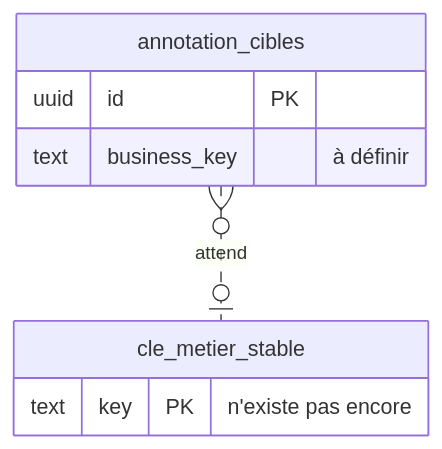
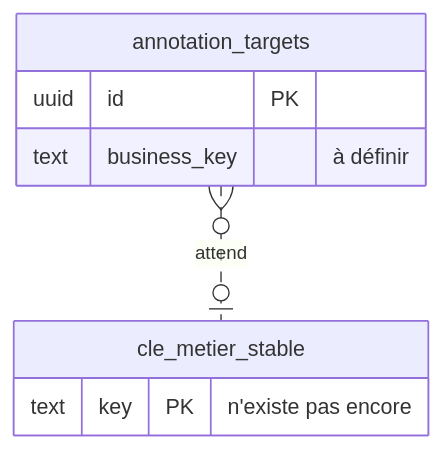
The tenth of 13 diagrams in docs/spec/reports/dossier-retours-steve/DOSSIER_DECISION_RETOURS_STEVE_2026-10-03.md (rhanka/radar-immobilier), drawn with Mermaid before and after one commit. The commit also changed other lines of this file and 11 other files, not shown here.

````diff
--- a/docs/spec/reports/dossier-retours-steve/DOSSIER_DECISION_RETOURS_STEVE_2026-10-03.md
+++ b/docs/spec/reports/dossier-retours-steve/DOSSIER_DECISION_RETOURS_STEVE_2026-10-03.md
@@ -2280,11 +2324,11 @@
 ```mermaid
 erDiagram
-    annotation_cibles }o..o| cle_metier_stable : attend
-    annotation_cibles {
+    annotation_targets }o..o| cle_metier_stable : attend
+    annotation_targets {
       uuid id PK
       text business_key "à définir"
     }
     cle_metier_stable {
       text key PK "n'existe pas encore"
     }
 ```
````
